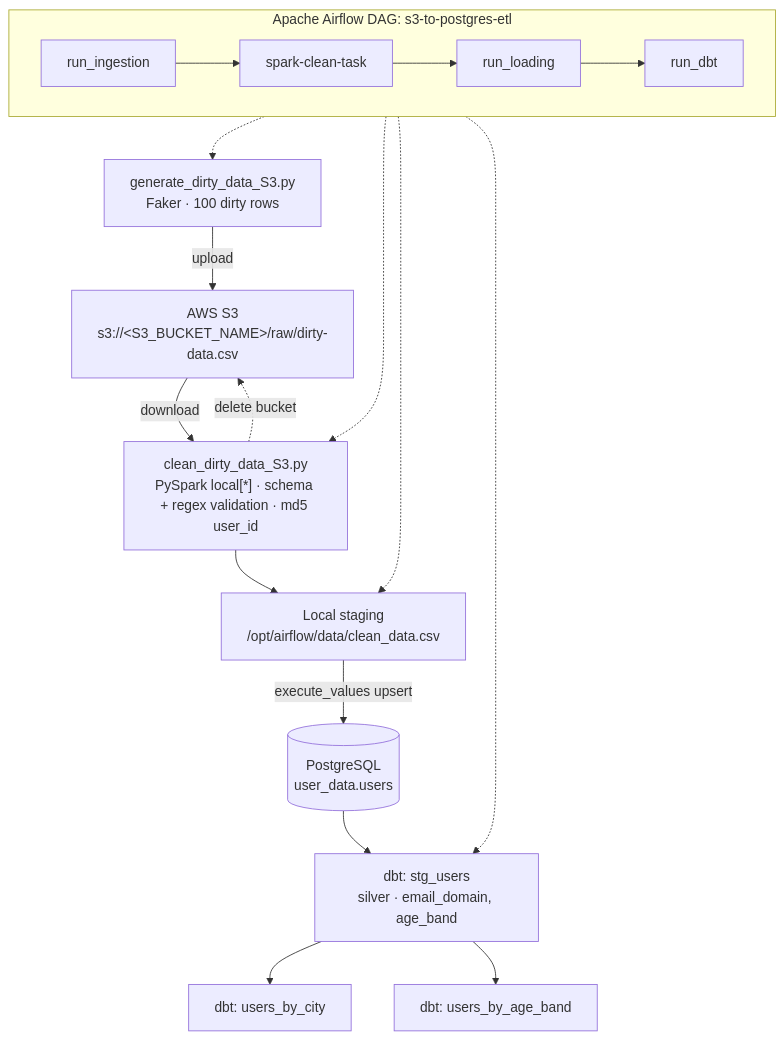
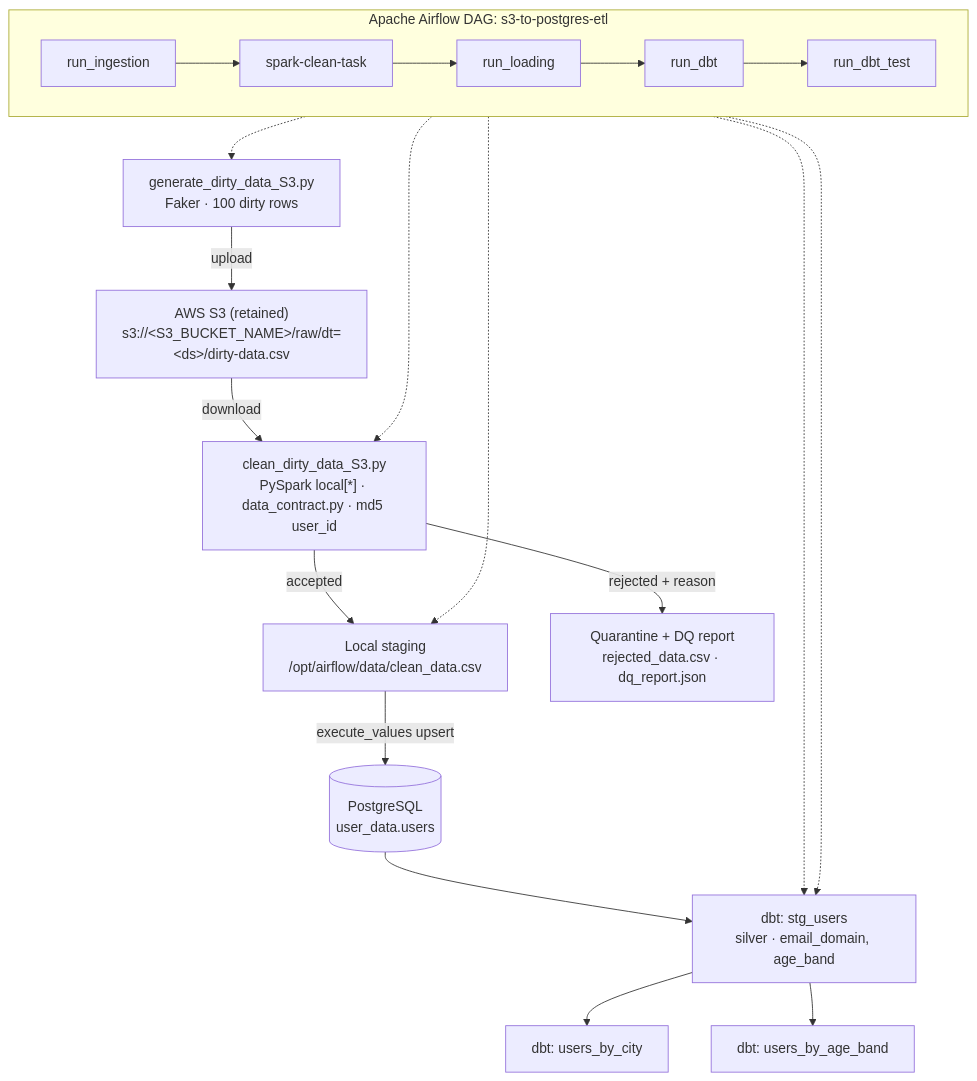
The diagram in README.md (theofanis-tsakanikas/contract-driven-data-pipeline), drawn with Mermaid before and after one commit. The commit also changed other lines of this file and 1 other file, not shown here.

Commit message:
docs: fix stale README/CLAUDE after raw-zone retention + data-contract changes
- Correct the architecture text and lineage diagram: the S3 bucket is no longer
  deleted (raw objects are retained under a date-partitioned key), the diagram
  now shows the run_dbt_test task and the rejected-row quarantine + DQ-report
  branch, and the S3 key reflects raw/dt=<ds>/dirty-data.csv.
- README env block documents LOCAL_REJECTS_PATH / DQ_REPORT_PATH and notes the
  per-run override of S3_FILE_KEY.
- CLAUDE.md env table no longer claims the bucket is deleted; Tests/CI section
  documents rejected_dataframe / data_quality_report / data_contract tests and
  the data-dictionary --check gate.

Docs only — no code change.

````diff
--- a/README.md
+++ b/README.md
@@ -72,30 +72,32 @@
 ```mermaid
 flowchart TD
     subgraph AF["Apache Airflow DAG: s3-to-postgres-etl"]
         direction LR
-        T1["run_ingestion"] --> T2["spark-clean-task"] --> T3["run_loading"] --> T4["run_dbt"]
+        T1["run_ingestion"] --> T2["spark-clean-task"] --> T3["run_loading"] --> T4["run_dbt"] --> T5["run_dbt_test"]
     end
 
     GEN["generate_dirty_data_S3.py<br/>Faker · 100 dirty rows"]
-    S3["AWS S3<br/>s3://&lt;S3_BUCKET_NAME&gt;/raw/dirty-data.csv"]
-    SPARK["clean_dirty_data_S3.py<br/>PySpark local[*] · schema + regex validation · md5 user_id"]
+    S3["AWS S3 (retained)<br/>s3://&lt;S3_BUCKET_NAME&gt;/raw/dt=&lt;ds&gt;/dirty-data.csv"]
+    SPARK["clean_dirty_data_S3.py<br/>PySpark local[*] · data_contract.py · md5 user_id"]
     CSV["Local staging<br/>/opt/airflow/data/clean_data.csv"]
+    REJ["Quarantine + DQ report<br/>rejected_data.csv · dq_report.json"]
     PG[("PostgreSQL<br/>user_data.users")]
     STG["dbt: stg_users<br/>silver · email_domain, age_band"]
     M1["dbt: users_by_city"]
     M2["dbt: users_by_age_band"]
 
     GEN -->|upload| S3
     S3 -->|download| SPARK
-    SPARK --> CSV
-    SPARK -.->|delete bucket| S3
+    SPARK -->|accepted| CSV
+    SPARK -->|rejected + reason| REJ
     CSV -->|execute_values upsert| PG
     PG --> STG
     STG --> M1
     STG --> M2
 
     T1 -.-> GEN
     T2 -.-> SPARK
     T3 -.-> CSV
     T4 -.-> STG
+    T5 -.-> STG
 ```
````
